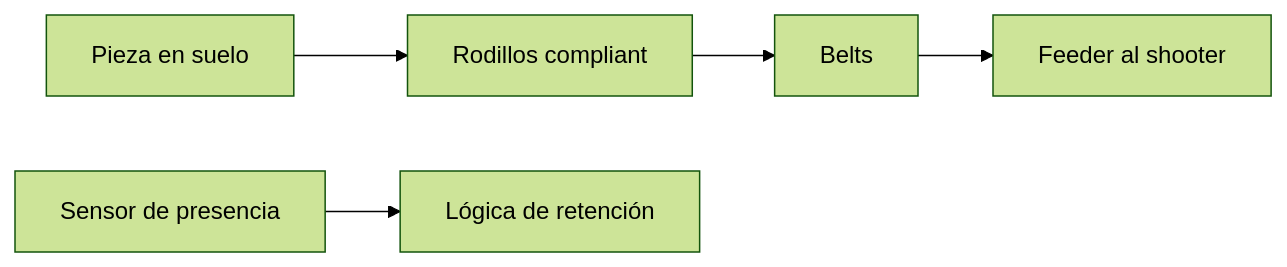
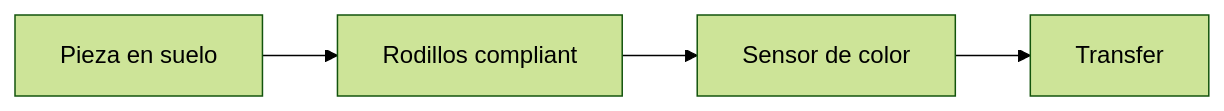
One commit to 23140142-MMHT/prueba-techical-1 changed the diagram in content/subsystems/intake.mdx. Above: the diagram before and after it, drawn with Mermaid (forest theme). The commit also changed other lines of this file and 18 other files, not shown here.

````diff
--- a/content/subsystems/intake.mdx
+++ b/content/subsystems/intake.mdx
@@ -36,7 +44,6 @@
 ```mermaid
 flowchart LR
   P[Pieza en suelo] --> R[Rodillos compliant]
-  R --> B[Belts]
-  B --> F[Feeder al shooter]
-  S[Sensor de presencia] --> L[Lógica de retención]
+  R --> S[Sensor de color]
+  S --> T[Transfer]
 ```
````
